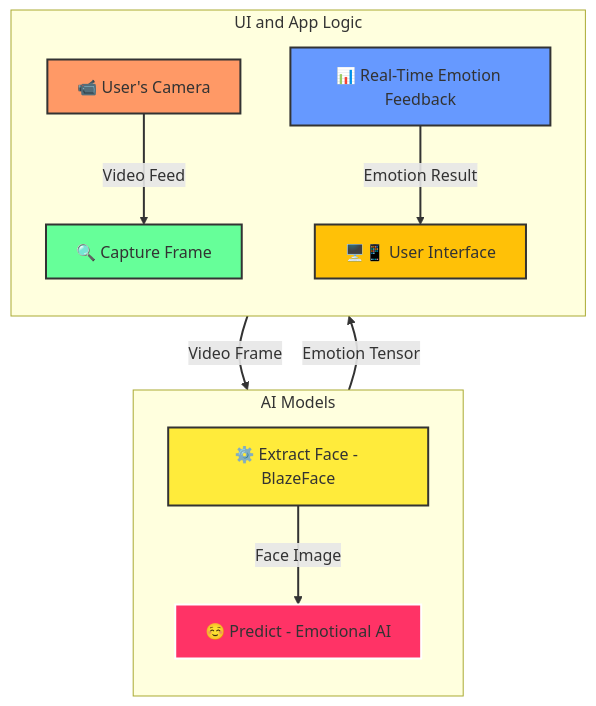
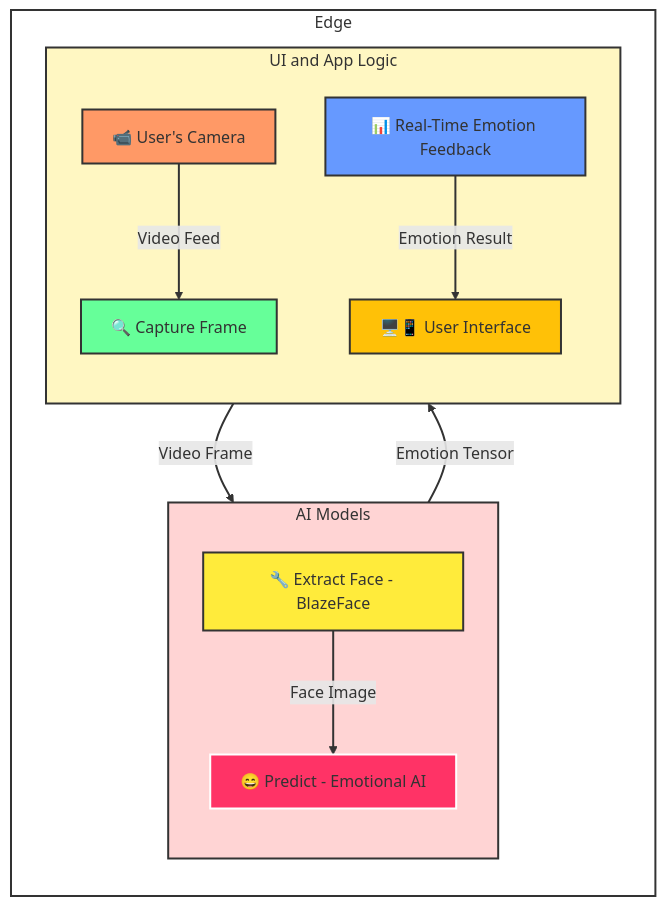
The diagram in README.md (shadji/emotionalanalysis), drawn with Mermaid before and after one commit.

````diff
--- a/README.md
+++ b/README.md
@@ -6,35 +6,44 @@
 ```mermaid
 graph TB
     %% Define Subgraphs (User I/O, APP Logic, and AI Processing)
-
-    %% AI System Subgraph (Data Processing)
+%% Outer Subgraph labeled "Edge Computing"
+subgraph Edge_Computing [Edge]
+    direction TB
+    %% Define Subgraphs (User I/O, APP Logic, and AI Processing)
     subgraph AI_System [AI Models]
         direction TB
-        C["⚙️ Extract Face - BlazeFace"]
-        D["☺️ Predict - Emotional AI"]
+        C["🔧 Extract Face - BlazeFace"]
+        D["😄 Predict - Emotional AI"]
     end
-    %% User Input/Output Subgraph (Capturing Video and Showing Results)
     subgraph User_IO [UI and App Logic]
         direction TB
         A["📹 User's Camera"]
         B["🔍 Capture Frame"]
         E["📊 Real-Time Emotion Feedback"]
         F["🖥️📱 User Interface"]
     end
+      %% Define Flow Between Subgraphs
+end
+
 
 
 
     %% Define Flow Between Subgraphs
     A -->|Video Feed| B -->|Video Frame| C -->|Face Image| D -->|Emotion Tensor| E -->|Emotion Result| F
 
     %% Style and Node Coloring
+    %% Style and Node Coloring
+    style Edge_Computing fill:#FFFFFF,stroke:#333,stroke-width:2px
+    style User_IO fill:#FFF7C2,stroke:#333,stroke-width:2px
+    style AI_System fill:#FFD4D4,stroke:#333,stroke-width:2px   
     style A fill:#f96,stroke:#333,stroke-width:2px
     style F fill:#ffc107,stroke:#333,stroke-width:2px
     style B fill:#6f9,stroke:#333,stroke-width:2px
     style E fill:#69f,stroke:#333,stroke-width:2px
     style C fill:#ffeb3b,stroke:#333,stroke-width:2px
     style D fill:#f36,stroke:#fff,stroke-width:2px
 
     %% Arrow styling for consistency
     linkStyle default stroke:#333,stroke-width:2px,fill:none
+
 ```
````
